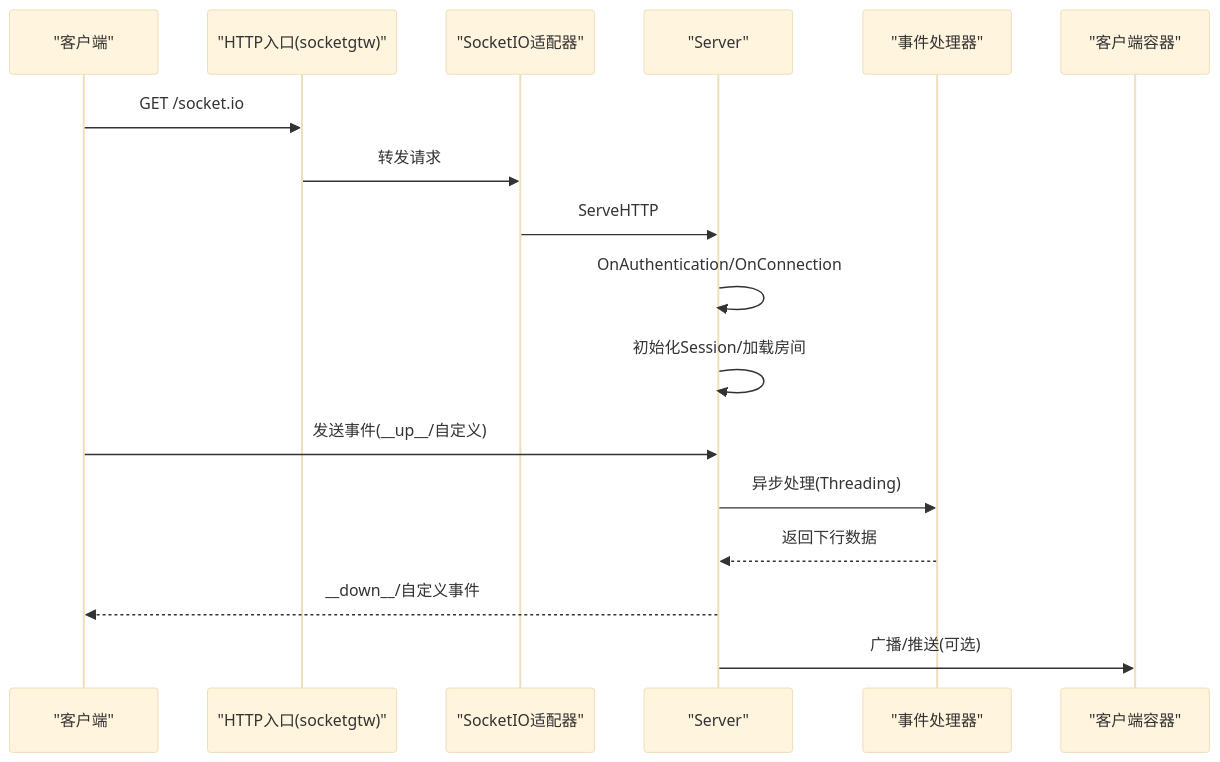
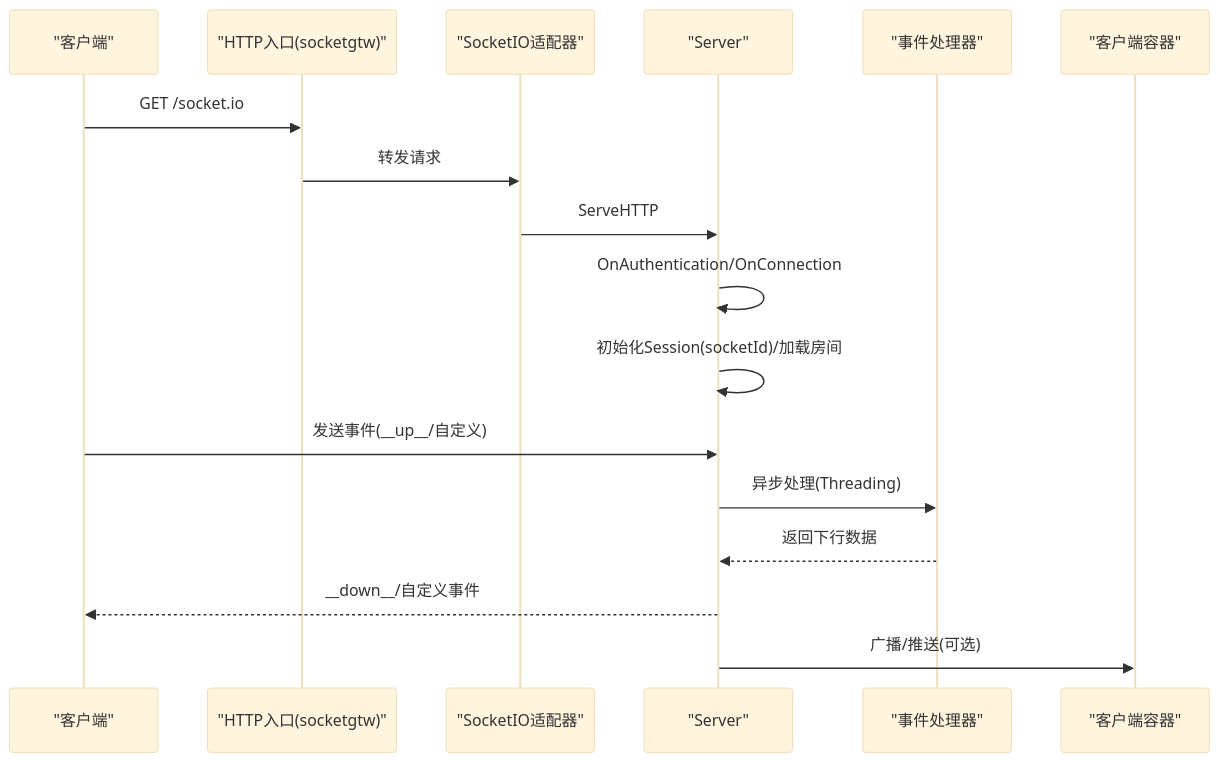
The second of 7 diagrams in .qoder/repowiki/zh/content/系统架构设计/服务通信机制/SocketIO实时通信/SocketIO服务器架构.md (maomao94/zero-service), drawn with Mermaid (base theme) before and after one commit. The commit also changed other lines of this file and 15 other files, not shown here.

````diff
--- a/.qoder/repowiki/zh/content/系统架构设计/服务通信机制/SocketIO实时通信/SocketIO服务器架构.md
+++ b/.qoder/repowiki/zh/content/系统架构设计/服务通信机制/SocketIO实时通信/SocketIO服务器架构.md
@@ -89,19 +100,19 @@
 ```mermaid
 sequenceDiagram
 participant Client as "客户端"
 participant HTTP as "HTTP入口(socketgtw)"
 participant Adapter as "SocketIO适配器"
 participant Server as "Server"
 participant Handler as "事件处理器"
 participant Container as "客户端容器"
 Client->>HTTP : GET /socket.io
 HTTP->>Adapter : 转发请求
 Adapter->>Server : ServeHTTP
 Server->>Server : OnAuthentication/OnConnection
-Server->>Server : 初始化Session/加载房间
+Server->>Server : 初始化Session(socketId)/加载房间
 Client->>Server : 发送事件(__up__/自定义)
 Server->>Handler : 异步处理(Threading)
 Handler-->>Server : 返回下行数据
 Server-->>Client : __down__/自定义事件
 Server->>Container : 广播/推送(可选)
 ```
````
